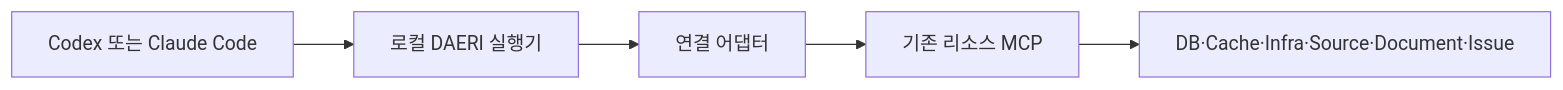
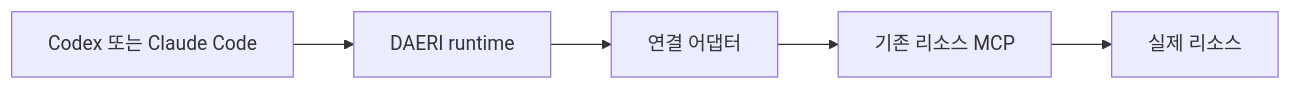
One commit to VVoodyHong/DAERI changed the diagram in docs/spec/resources/contract.md. Above: the diagram before and after it, drawn with Mermaid. The commit also changed other lines of this file and 171 other files, not shown here.

````diff
--- a/docs/spec/resources/contract.md
+++ b/docs/spec/resources/contract.md
@@ -14,7 +13,7 @@
 ```mermaid
 flowchart LR
-    H[Codex 또는 Claude Code] --> D[로컬 DAERI 실행기]
+    H[Codex 또는 Claude Code] --> D[DAERI runtime]
     D --> A[연결 어댑터]
     A --> M[기존 리소스 MCP]
-    M --> R[DB·Cache·Infra·Source·Document·Issue]
+    M --> R[실제 리소스]
 ```
````
